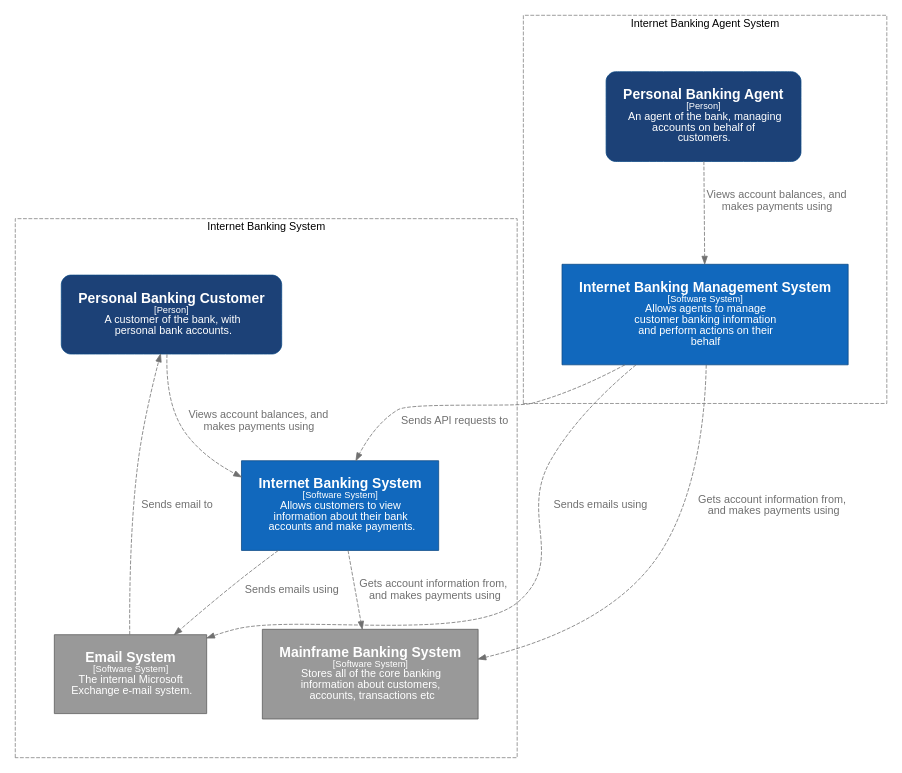
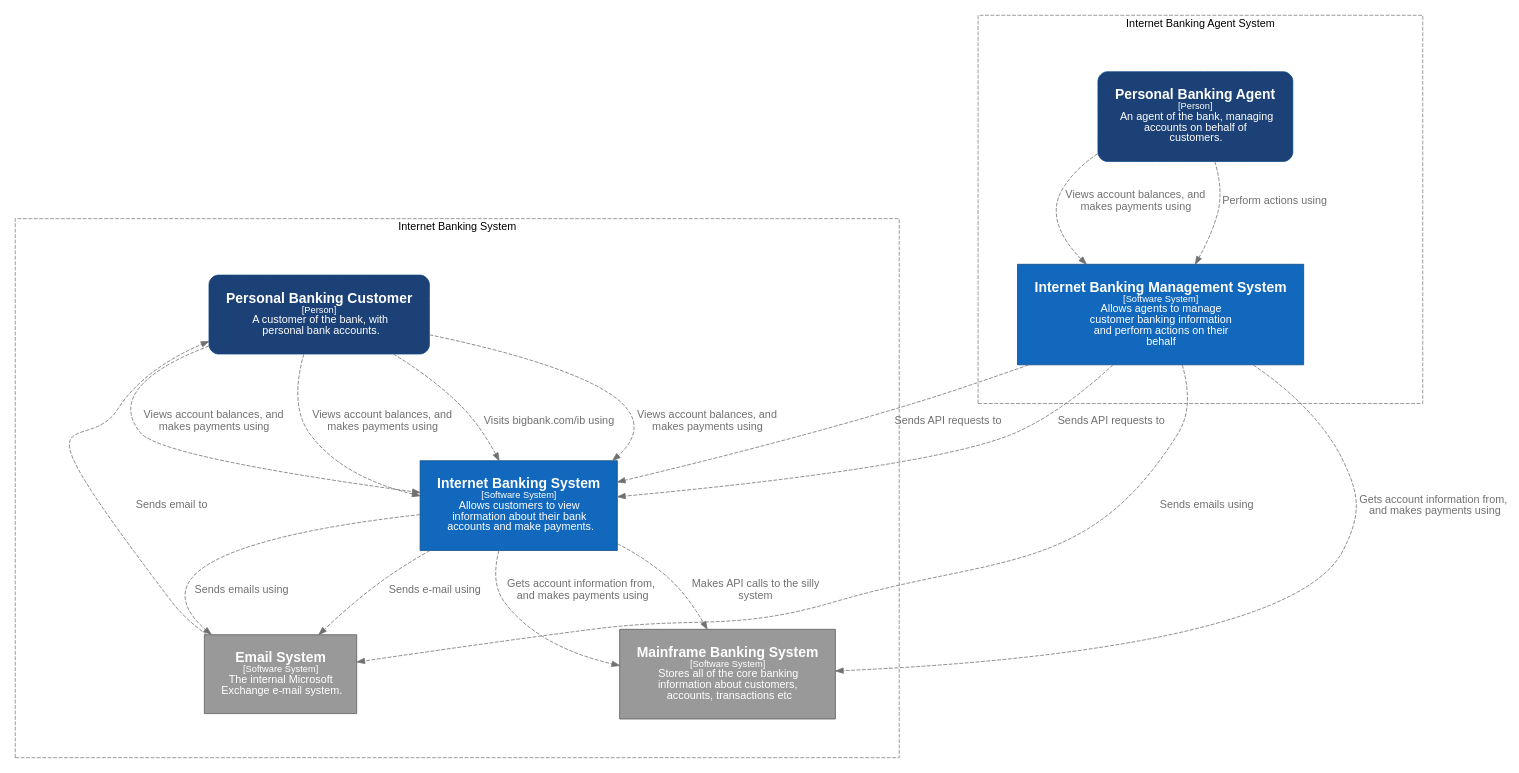
Before and after one commit to c4mjs/c4mjs: the diagram in packages/graphviz/src/__stubs__/workspace.c1.dot, drawn with Graphviz. The commit also changed 6 other files, not shown here.

```diff
--- a/packages/graphviz/src/__stubs__/workspace.c1.dot
+++ b/packages/graphviz/src/__stubs__/workspace.c1.dot
@@ -1,104 +1,118 @@
 digraph {
     compound=true
     graph [fontname="Arial", rankdir=TB, ranksep=1.0, nodesep=1.0 ]
     node [fontname="Arial", shape=box, margin="0.3,0.3"]
     edge [fontname="Arial"]
 
     subgraph cluster_internetBanking {
         label = "Internet Banking System"
         style = "dashed"
         color = "grey"
         class=""
         margin="50,50"
         
         internetBanking__customer [
         id="internetBanking__customer",
         shape="rectangle",
         label=<<font point-size="18"><b>Personal Banking Customer</b></font><br /><font point-size="12">[Person]</font><br /><font point-size="14">  A customer of the bank, with <br />personal bank accounts.</font>>,
         style="filled,rounded",
         color="#0b4884",
         fillcolor="#1C4177",
         fontcolor="#ffffff"
         class=""
     ]
 internetBanking__internetBankingSystem [
         id="internetBanking__internetBankingSystem",
         shape="rectangle",
         label=<<font point-size="18"><b>Internet Banking System</b></font><br /><font point-size="12">[Software System]</font><br /><font point-size="14">  Allows customers to view <br />information about their bank <br />accounts and make payments.</font>>,
         style="filled",
         color="#0b4884",
         fillcolor="#1168bd",
         fontcolor="#ffffff"
         class="critical"
     ]
 internetBanking__mainframeBankingSystem [
         id="internetBanking__mainframeBankingSystem",
         shape="rectangle",
         label=<<font point-size="18"><b>Mainframe Banking System</b></font><br /><font point-size="12">[Software System]</font><br /><font point-size="14">  Stores all of the core banking <br />information about customers, <br />accounts, transactions etc</font>>,
         style="filled",
         color="#5a5a5a",
         fillcolor="#999999",
         fontcolor="#ffffff"
         class=""
     ]
 internetBanking__emailSystem [
         id="internetBanking__emailSystem",
         shape="rectangle",
         label=<<font point-size="18"><b>Email System</b></font><br /><font point-size="12">[Software System]</font><br /><font point-size="14">  The internal Microsoft <br />Exchange e-mail system.</font>>,
         style="filled",
         color="#5a5a5a",
         fillcolor="#999999",
         fontcolor="#ffffff"
         class=""
     ]
         
     }
 
 subgraph cluster_internetBankingAgent {
         label = "Internet Banking Agent System"
         style = "dashed"
         color = "grey"
         class=""
         margin="50,50"
         
         internetBankingAgent__agent [
         id="internetBankingAgent__agent",
         shape="rectangle",
         label=<<font point-size="18"><b>Personal Banking Agent</b></font><br /><font point-size="12">[Person]</font><br /><font point-size="14">  An agent of the bank, managing <br />accounts on behalf of <br />customers.</font>>,
         style="filled,rounded",
         color="#0b4884",
         fillcolor="#1C4177",
         fontcolor="#ffffff"
         class=""
     ]
 internetBankingAgent__internetBankingManagementSystem [
         id="internetBankingAgent__internetBankingManagementSystem",
         shape="rectangle",
         label=<<font point-size="18"><b>Internet Banking Management System</b></font><br /><font point-size="12">[Software System]</font><br /><font point-size="14">  Allows agents to manage <br />customer banking information <br />and perform actions on their <br />behalf</font>>,
         style="filled",
         color="#0b4884",
         fillcolor="#1168bd",
         fontcolor="#ffffff"
         class=""
     ]
         
     }
 
-internetBankingAgent__internetBankingManagementSystem -> internetBanking__internetBankingSystem [ id="100001", label=<<font point-size="14">  Sends API requests to</font>>, style="dashed", color="#707070", fontcolor="#707070" class=""
+internetBankingAgent__internetBankingManagementSystem -> internetBanking__internetBankingSystem [ id="100019", label=<<font point-size="14">  Sends API requests to</font>>, style="dashed", color="#707070", fontcolor="#707070" class=""
  ]
-internetBankingAgent__internetBankingManagementSystem -> internetBanking__mainframeBankingSystem [ id="100002", label=<<font point-size="14">  Gets account information from, <br />and makes payments using</font>>, style="dashed", color="#707070", fontcolor="#707070" class=""
+internetBankingAgent__internetBankingManagementSystem -> internetBanking__internetBankingSystem [ id="100020", label=<<font point-size="14">  Sends API requests to</font>>, style="dashed", color="#707070", fontcolor="#707070" class=""
  ]
-internetBankingAgent__internetBankingManagementSystem -> internetBanking__emailSystem [ id="100003", label=<<font point-size="14">  Sends emails using</font>>, style="dashed", color="#707070", fontcolor="#707070" class=""
+internetBankingAgent__internetBankingManagementSystem -> internetBanking__mainframeBankingSystem [ id="100021", label=<<font point-size="14">  Gets account information from, <br />and makes payments using</font>>, style="dashed", color="#707070", fontcolor="#707070" class=""
  ]
-internetBanking__customer -> internetBanking__internetBankingSystem [ id="100004", label=<<font point-size="14">  Views account balances, and <br />makes payments using</font>>, style="dashed", color="#707070", fontcolor="#707070" class=""
+internetBankingAgent__internetBankingManagementSystem -> internetBanking__emailSystem [ id="100022", label=<<font point-size="14">  Sends emails using</font>>, style="dashed", color="#707070", fontcolor="#707070" class=""
  ]
-internetBankingAgent__agent -> internetBankingAgent__internetBankingManagementSystem [ id="100005", label=<<font point-size="14">  Views account balances, and <br />makes payments using</font>>, style="dashed", color="#707070", fontcolor="#707070" class=""
+internetBanking__customer -> internetBanking__internetBankingSystem [ id="100023", label=<<font point-size="14">  Views account balances, and <br />makes payments using</font>>, style="dashed", color="#707070", fontcolor="#707070" class=""
  ]
-internetBanking__emailSystem -> internetBanking__customer [ id="100006", label=<<font point-size="14">  Sends email to</font>>, style="dashed", color="#707070", fontcolor="#707070" class=""
+internetBankingAgent__agent -> internetBankingAgent__internetBankingManagementSystem [ id="100024", label=<<font point-size="14">  Views account balances, and <br />makes payments using</font>>, style="dashed", color="#707070", fontcolor="#707070" class=""
  ]
-internetBanking__internetBankingSystem -> internetBanking__mainframeBankingSystem [ id="100011", label=<<font point-size="14">  Gets account information from, <br />and makes payments using</font>>, style="dashed", color="#707070", fontcolor="#707070" class=""
+internetBanking__emailSystem -> internetBanking__customer [ id="100025", label=<<font point-size="14">  Sends email to</font>>, style="dashed", color="#707070", fontcolor="#707070" class=""
  ]
-internetBanking__internetBankingSystem -> internetBanking__emailSystem [ id="100014", label=<<font point-size="14">  Sends emails using</font>>, style="dashed", color="#707070", fontcolor="#707070" class=""
+internetBanking__customer -> internetBanking__internetBankingSystem [ id="100026", label=<<font point-size="14">  Visits bigbank.com/ib using</font>>, style="dashed", color="#707070", fontcolor="#707070" class=""
+ ]
+internetBanking__customer -> internetBanking__internetBankingSystem [ id="100028", label=<<font point-size="14">  Views account balances, and <br />makes payments using</font>>, style="dashed", color="#707070", fontcolor="#707070" class=""
+ ]
+internetBanking__internetBankingSystem -> internetBanking__mainframeBankingSystem [ id="100030", label=<<font point-size="14">  Gets account information from, <br />and makes payments using</font>>, style="dashed", color="#707070", fontcolor="#707070" class=""
+ ]
+internetBanking__internetBankingSystem -> internetBanking__emailSystem [ id="100033", label=<<font point-size="14">  Sends emails using</font>>, style="dashed", color="#707070", fontcolor="#707070" class=""
+ ]
+internetBankingAgent__agent -> internetBankingAgent__internetBankingManagementSystem [ id="100034", label=<<font point-size="14">  Perform actions using</font>>, style="dashed", color="#707070", fontcolor="#707070" class=""
+ ]
+internetBanking__internetBankingSystem -> internetBanking__emailSystem [ id="100035", label=<<font point-size="14">  Sends e-mail using</font>>, style="dashed", color="#707070", fontcolor="#707070" class=""
+ ]
+internetBanking__customer -> internetBanking__internetBankingSystem [ id="100036", label=<<font point-size="14">  Views account balances, and <br />makes payments using</font>>, style="dashed", color="#707070", fontcolor="#707070" class=""
+ ]
+internetBanking__internetBankingSystem -> internetBanking__mainframeBankingSystem [ id="100037", label=<<font point-size="14">  Makes API calls to the silly <br />system</font>>, style="dashed", color="#707070", fontcolor="#707070" class=""
  ]
      
 }
```
